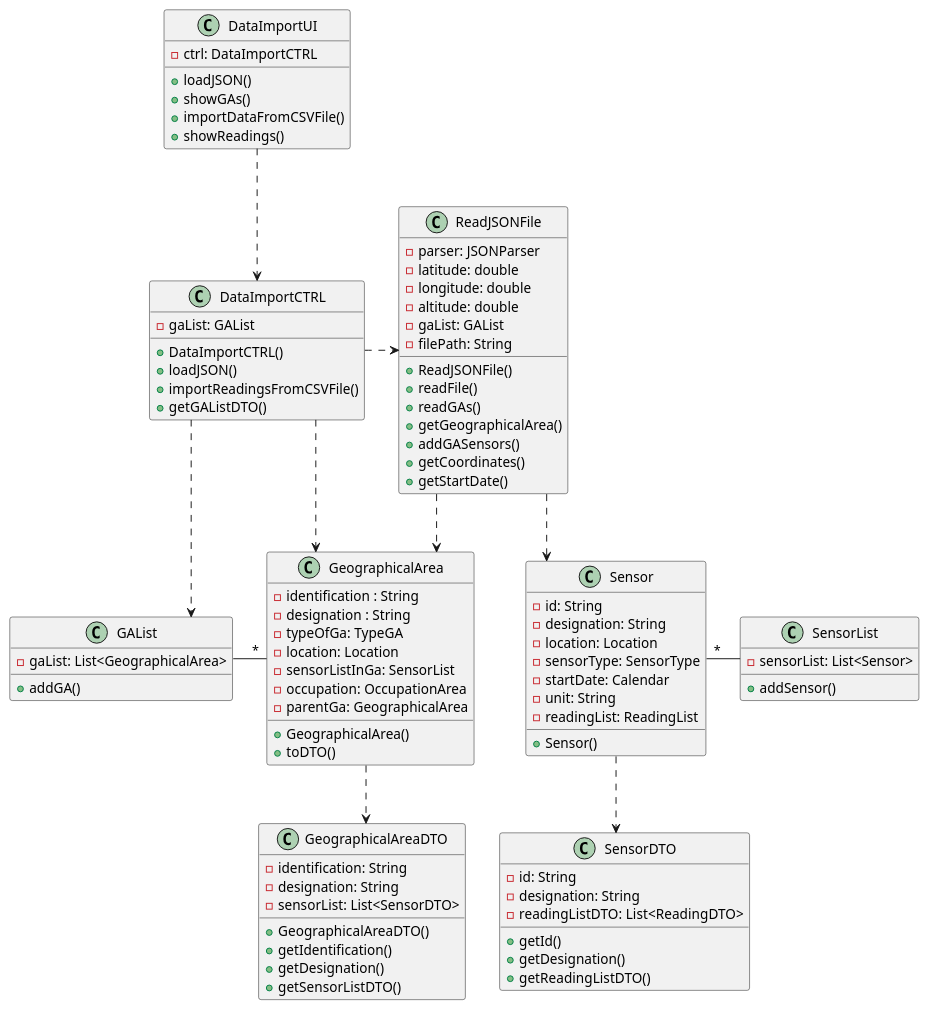
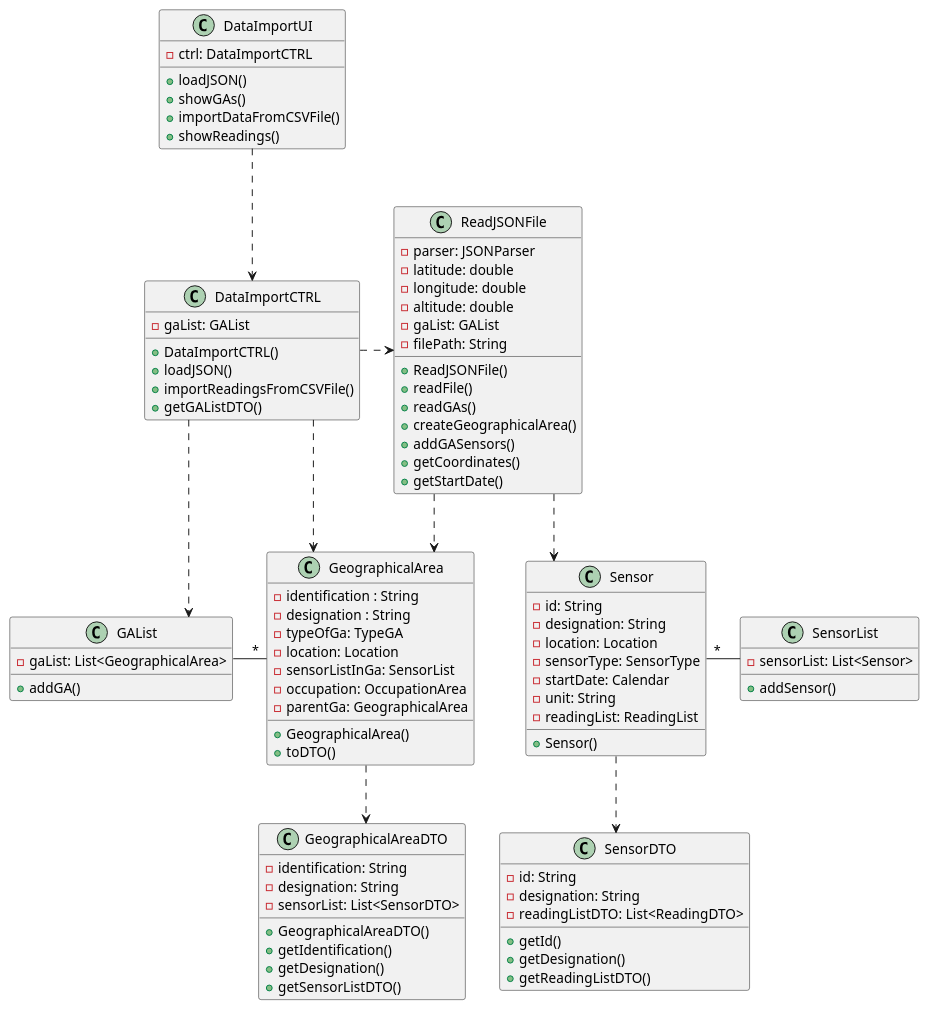
Before and after one commit to emanuel-pereira/hou: the diagram in src/main/java/smarthome/controller/classDiagrams/cd_ImportGAsAndSensors.puml, drawn with PlantUML.

Commit message:
Ref #90: Correction of method name in ImportGAsAndSensors class diagram

```diff
--- a/src/main/java/smarthome/controller/classDiagrams/cd_ImportGAsAndSensors.puml
+++ b/src/main/java/smarthome/controller/classDiagrams/cd_ImportGAsAndSensors.puml
@@ -1,114 +1,114 @@
 @startuml
 skinparam linetype ortho
 
 class DataImportUI{
 - ctrl: DataImportCTRL
 
 + loadJSON()
 + showGAs()
 + importDataFromCSVFile()
 + showReadings()
 }
 
 class DataImportCTRL{
 - gaList: GAList
 
 + DataImportCTRL()
 + loadJSON()
 + importReadingsFromCSVFile()
 + getGAListDTO()
 }
 
 class ReadJSONFile {
 - parser: JSONParser
 - latitude: double
 - longitude: double
 - altitude: double
 - gaList: GAList
 - filePath: String
 
 + ReadJSONFile()
 + readFile()
 + readGAs()
-+ getGeographicalArea()
++ createGeographicalArea()
 + addGASensors()
 + getCoordinates()
 + getStartDate()
 }
 
 class GeographicalArea {
 - identification : String
 - designation : String
 - typeOfGa: TypeGA
 - location: Location
 - sensorListInGa: SensorList
 - occupation: OccupationArea
 - parentGa: GeographicalArea
 
 + GeographicalArea()
 + toDTO()
  }
 
  class GeographicalAreaDTO{
  - identification: String
  - designation: String
  - sensorList: List<SensorDTO>
 
  + GeographicalAreaDTO()
  + getIdentification()
  + getDesignation()
  + getSensorListDTO()
  }
 
  class Sensor {
  - id: String
  - designation: String
  - location: Location
  - sensorType: SensorType
  - startDate: Calendar
  - unit: String
  - readingList: ReadingList
  + Sensor()
  }
 
 class SensorList{
 - sensorList: List<Sensor>
 
 + addSensor()
 }
 
 class SensorDTO{
 - id: String
 - designation: String
 - readingListDTO: List<ReadingDTO>
 
 + getId()
 + getDesignation()
 + getReadingListDTO()
 }
 
  class GAList {
 - gaList: List<GeographicalArea>
 
 + addGA()
   }
 
 DataImportUI ..> DataImportCTRL
 DataImportCTRL .> ReadJSONFile
 DataImportCTRL ..> GAList
 DataImportCTRL ..> GeographicalArea
 
 ReadJSONFile ..> GeographicalArea
 ReadJSONFile ..> Sensor
 
 GeographicalArea ..> GeographicalAreaDTO
 Sensor ..> SensorDTO
 
 
 
 Sensor"*" - SensorList
 GAList - "*"GeographicalArea
 
 
 
 @enduml
```
